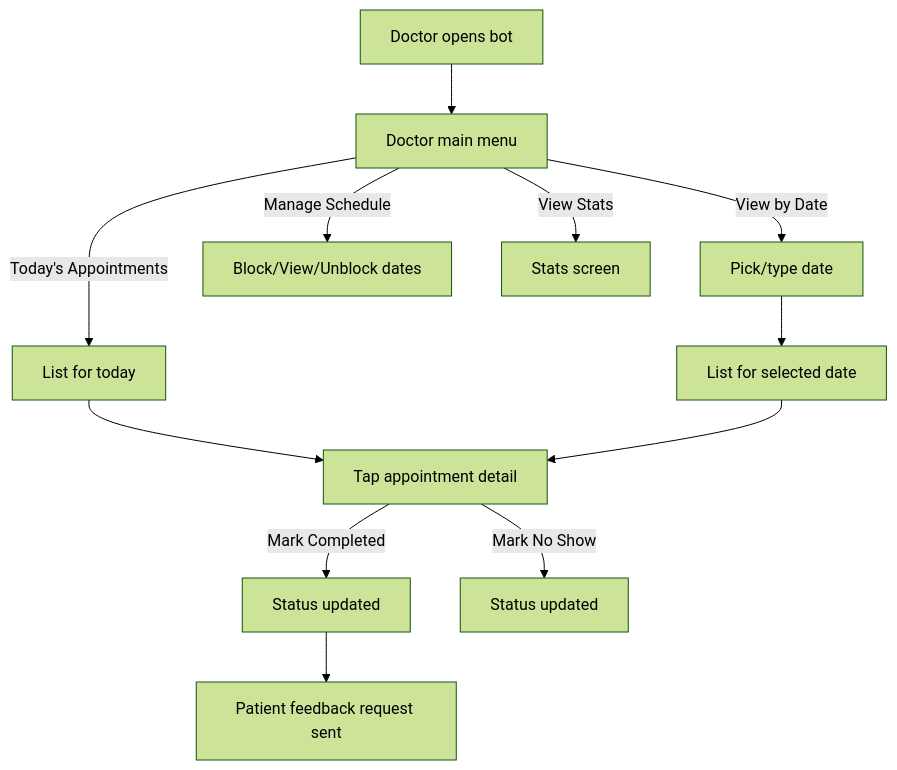
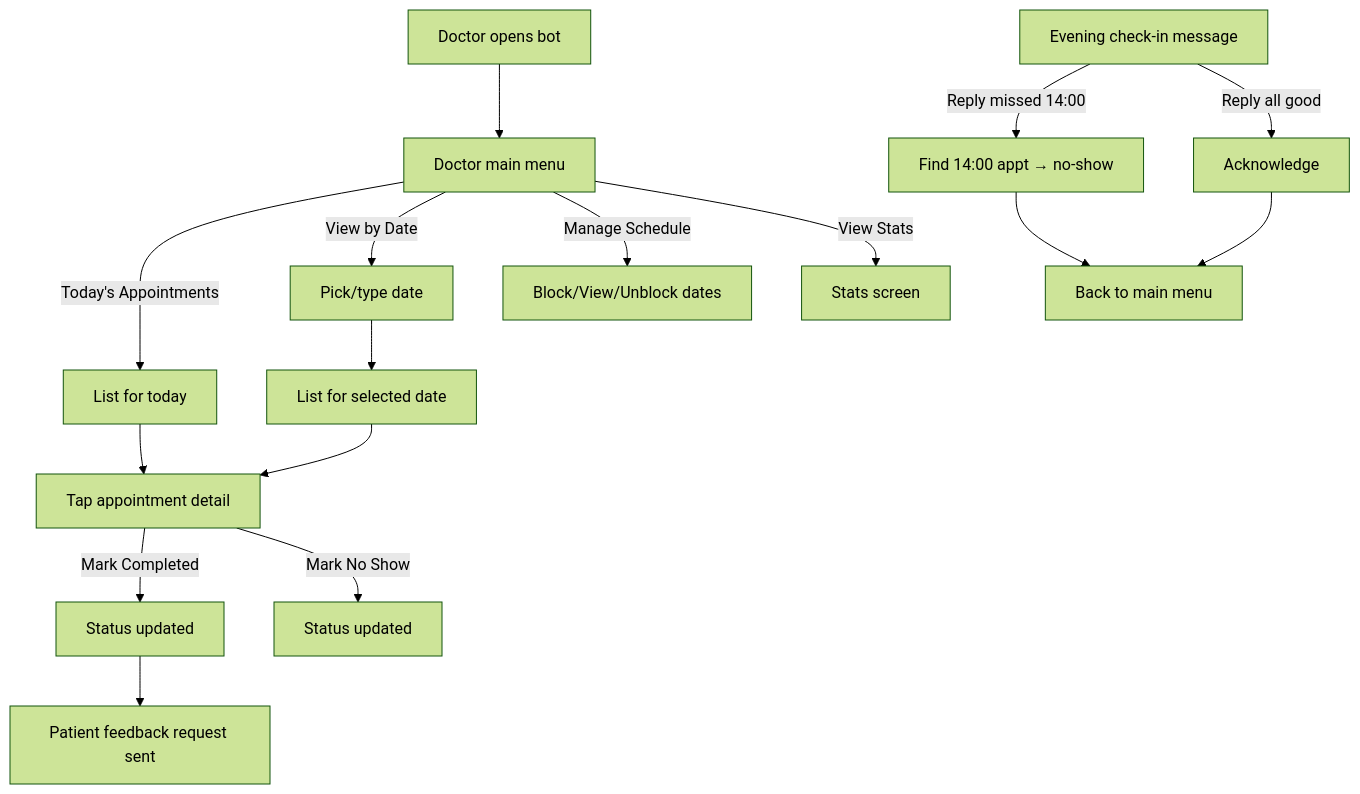
One commit to MrigeshDeshpande/clinic-bot changed the third of 5 diagrams in docs/daily-flow-patient-doctor-visual.md. Above: the diagram before and after it, drawn with Mermaid (forest theme). The commit also changed other lines of this file and 9 other files, not shown here.

Commit message:
feat: enhance daily and evening check-in flows, add Devanagari support, and update cron schedules

````diff
--- a/docs/daily-flow-patient-doctor-visual.md
+++ b/docs/daily-flow-patient-doctor-visual.md
@@ -49,17 +54,22 @@
 ```mermaid
 flowchart TD
     D1[Doctor opens bot] --> D2[Doctor main menu]
 
     D2 -->|Today's Appointments| D3[List for today]
     D2 -->|View by Date| D4[Pick/type date]
     D4 --> D5[List for selected date]
 
     D3 --> D6[Tap appointment detail]
     D5 --> D6
     D6 -->|Mark Completed| D7[Status updated]
     D6 -->|Mark No Show| D8[Status updated]
     D7 --> D9[Patient feedback request sent]
 
     D2 -->|Manage Schedule| D10[Block/View/Unblock dates]
     D2 -->|View Stats| D11[Stats screen]
+
+    D12[Evening check-in message] -->|Reply missed 14:00| D13[Find 14:00 appt → no-show]
+    D12 -->|Reply all good| D14[Acknowledge]
+    D13 --> D15[Back to main menu]
+    D14 --> D15
 ```
````
